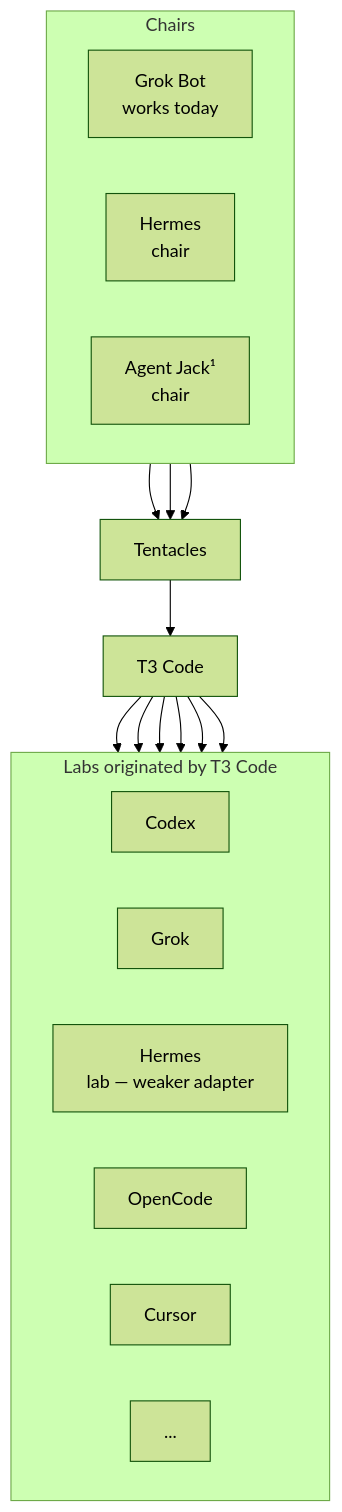
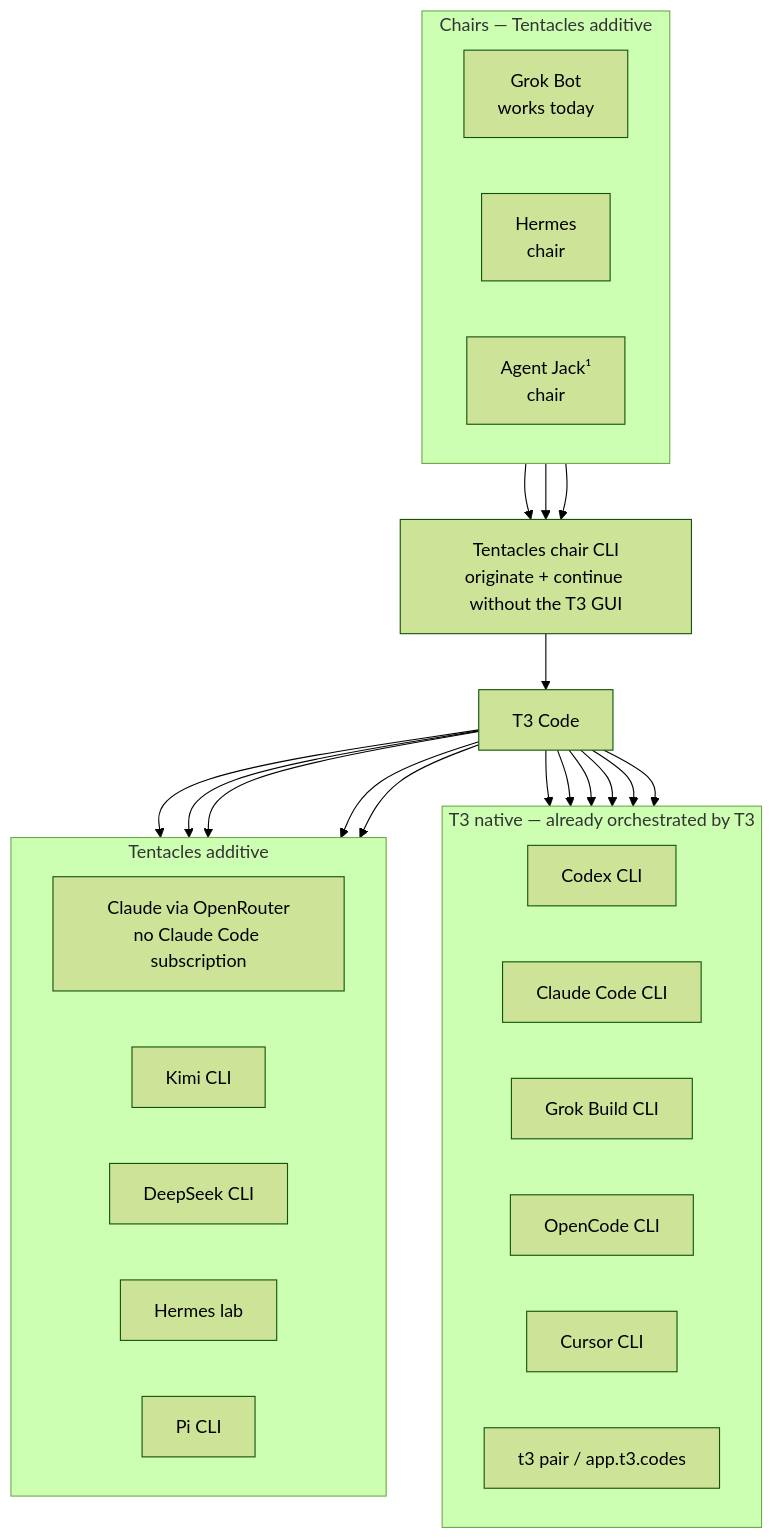
One commit to m-check1B/t3-code-tentacles changed the diagram in README.md. Above: the diagram before and after it, drawn with Mermaid (forest theme). The commit also changed other lines of this file and 8 other files, not shown here.

Commit message:
docs: separate T3 native from Tentacles additions

````diff
--- a/README.md
+++ b/README.md
@@ -38,31 +51,45 @@
 ```mermaid
 flowchart TB
-    subgraph Chairs["Chairs"]
+    subgraph Chairs["Chairs — Tentacles additive"]
         direction LR
         GrokBot["Grok Bot<br/>works today"]
         HermesChair["Hermes<br/>chair"]
         Jack["Agent Jack¹<br/>chair"]
     end
 
-    GrokBot --> Tentacles
-    HermesChair --> Tentacles
-    Jack --> Tentacles
-    Tentacles --> T3["T3 Code"]
+    GrokBot --> ChairCLI["Tentacles chair CLI<br/>originate + continue without the T3 GUI"]
+    HermesChair --> ChairCLI
+    Jack --> ChairCLI
+    ChairCLI --> T3["T3 Code"]
 
-    subgraph Labs["Labs originated by T3 Code"]
+    subgraph Native["T3 native — already orchestrated by T3"]
         direction LR
-        Codex
-        Grok
-        HermesLab["Hermes<br/>lab — weaker adapter"]
-        OpenCode
-        Cursor
-        More["..."]
+        Codex["Codex CLI"]
+        ClaudeCode["Claude Code CLI"]
+        GrokCLI["Grok Build CLI"]
+        OpenCode["OpenCode CLI"]
+        Cursor["Cursor CLI"]
+        Pair["t3 pair / app.t3.codes"]
+    end
+
+    subgraph Additive["Tentacles additive"]
+        direction LR
+        ClaudeOR["Claude via OpenRouter<br/>no Claude Code subscription"]
+        Kimi["Kimi CLI"]
+        DeepSeek["DeepSeek CLI"]
+        HermesLab["Hermes lab"]
+        Pi["Pi CLI"]
     end
 
     T3 --> Codex
-    T3 --> Grok
-    T3 --> HermesLab
+    T3 --> ClaudeCode
+    T3 --> GrokCLI
     T3 --> OpenCode
     T3 --> Cursor
-    T3 --> More
+    T3 --> Pair
+    T3 --> ClaudeOR
+    T3 --> Kimi
+    T3 --> DeepSeek
+    T3 --> HermesLab
+    T3 --> Pi
 ```
````
